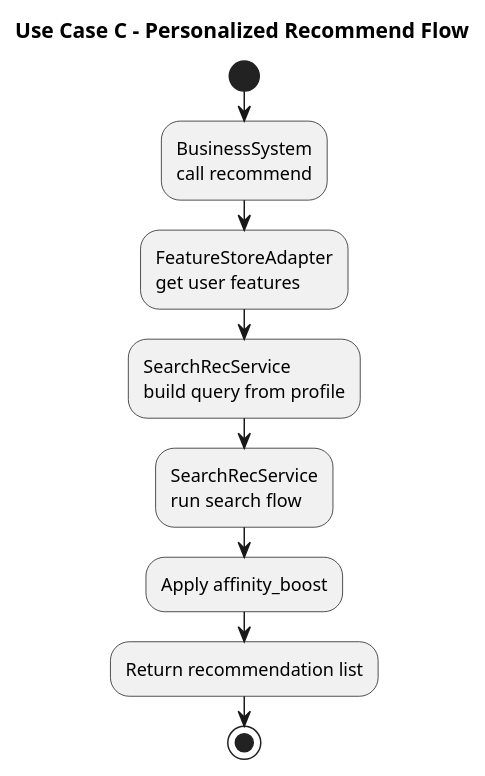
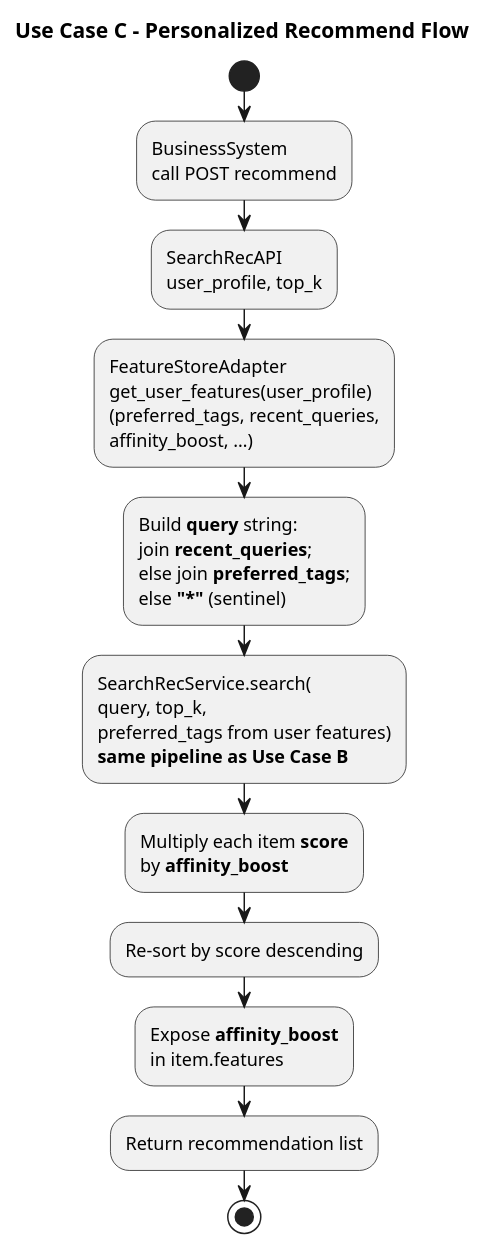
Before and after one commit to zhang1career/service-foundation: the diagram in app_searchrec/docs/usecase_c_recommend_flow.puml, drawn with PlantUML. The commit also changed 61 other files, not shown here.

```diff
--- a/app_searchrec/docs/usecase_c_recommend_flow.puml
+++ b/app_searchrec/docs/usecase_c_recommend_flow.puml
@@ -1,13 +1,16 @@
 @startuml
 title Use Case C - Personalized Recommend Flow
 skinparam shadowing false
 
 start
-:BusinessSystem\ncall recommend;
-:FeatureStoreAdapter\nget user features;
-:SearchRecService\nbuild query from profile;
-:SearchRecService\nrun search flow;
-:Apply affinity_boost;
+:BusinessSystem\ncall POST recommend;
+:SearchRecAPI\nuser_profile, top_k;
+:FeatureStoreAdapter\nget_user_features(user_profile)\n(preferred_tags, recent_queries,\naffinity_boost, …);
+:Build **query** string:\njoin **recent_queries**;\nelse join **preferred_tags**;\nelse **"*"** (sentinel);
+:SearchRecService.search(\nquery, top_k,\npreferred_tags from user features)\n**same pipeline as Use Case B**;
+:Multiply each item **score**\nby **affinity_boost**;
+:Re-sort by score descending;
+:Expose **affinity_boost**\nin item.features;
 :Return recommendation list;
 stop
 @enduml
```
